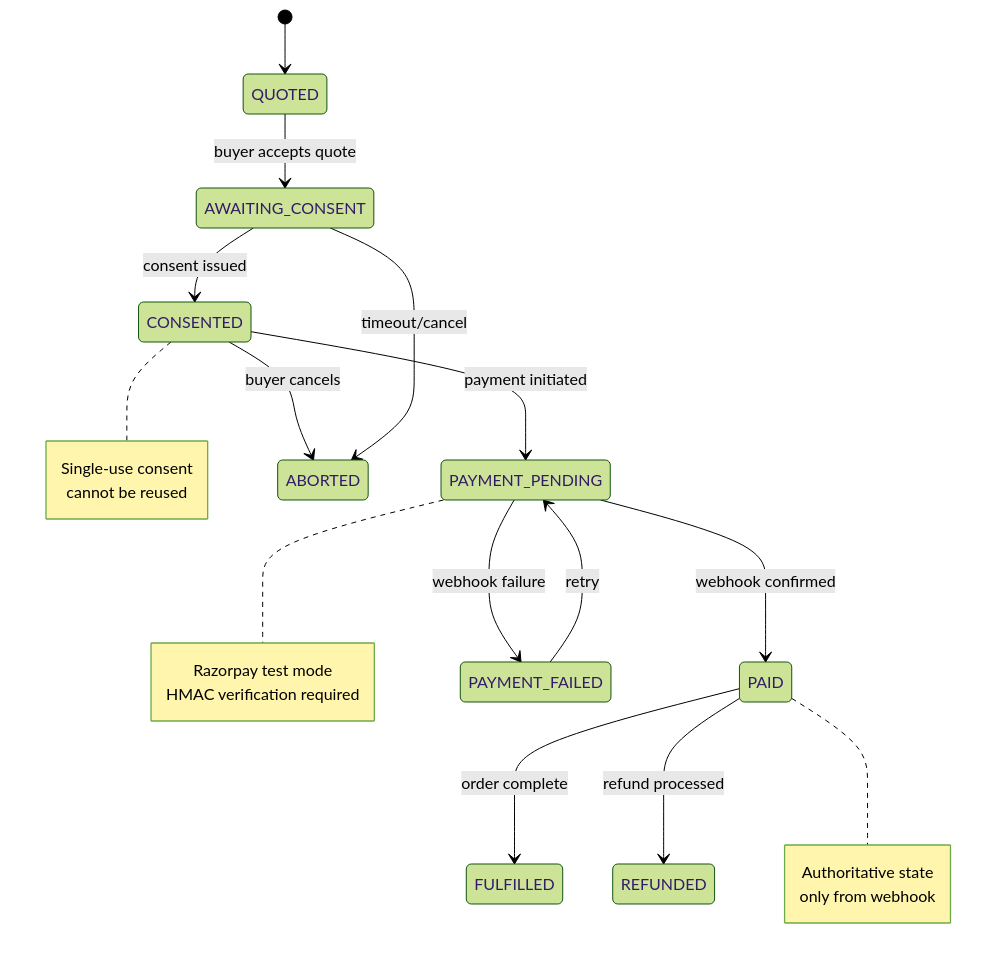
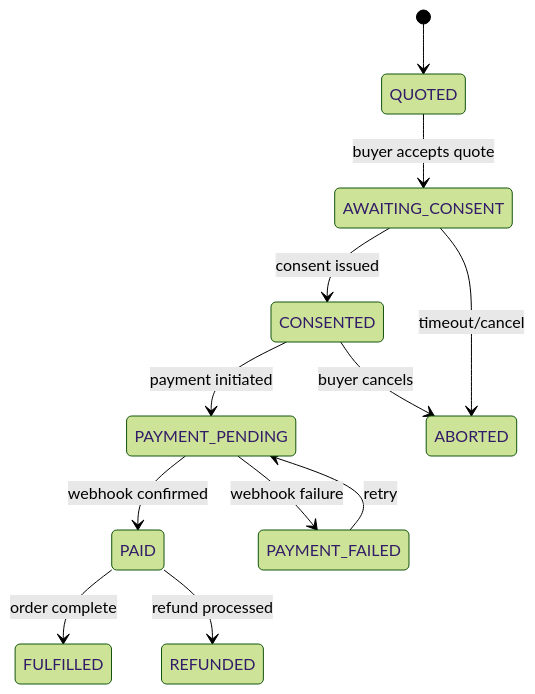
Before and after one commit to mahirmlk/sellable: the third of 5 diagrams in README.md, drawn with Mermaid (forest theme). The commit also changed other lines of this file, not shown here.

Commit message:
docs: clean up README - remove emojis, fix mermaid diagrams, remove fake footer data

````diff
--- a/README.md
+++ b/README.md
@@ -205,18 +205,14 @@
 ```mermaid
 stateDiagram-v2
     [*] --> QUOTED
     QUOTED --> AWAITING_CONSENT : buyer accepts quote
     AWAITING_CONSENT --> CONSENTED : consent issued
     CONSENTED --> PAYMENT_PENDING : payment initiated
     PAYMENT_PENDING --> PAID : webhook confirmed
     PAYMENT_PENDING --> PAYMENT_FAILED : webhook failure
     PAYMENT_FAILED --> PAYMENT_PENDING : retry
     PAID --> FULFILLED : order complete
     CONSENTED --> ABORTED : buyer cancels
     PAID --> REFUNDED : refund processed
     AWAITING_CONSENT --> ABORTED : timeout/cancel
-
-    note right of CONSENTED : Single-use consent<br/>cannot be reused
-    note right of PAYMENT_PENDING : Razorpay test mode<br/>HMAC verification required
-    note right of PAID : Authoritative state<br/>only from webhook
 ```
````
